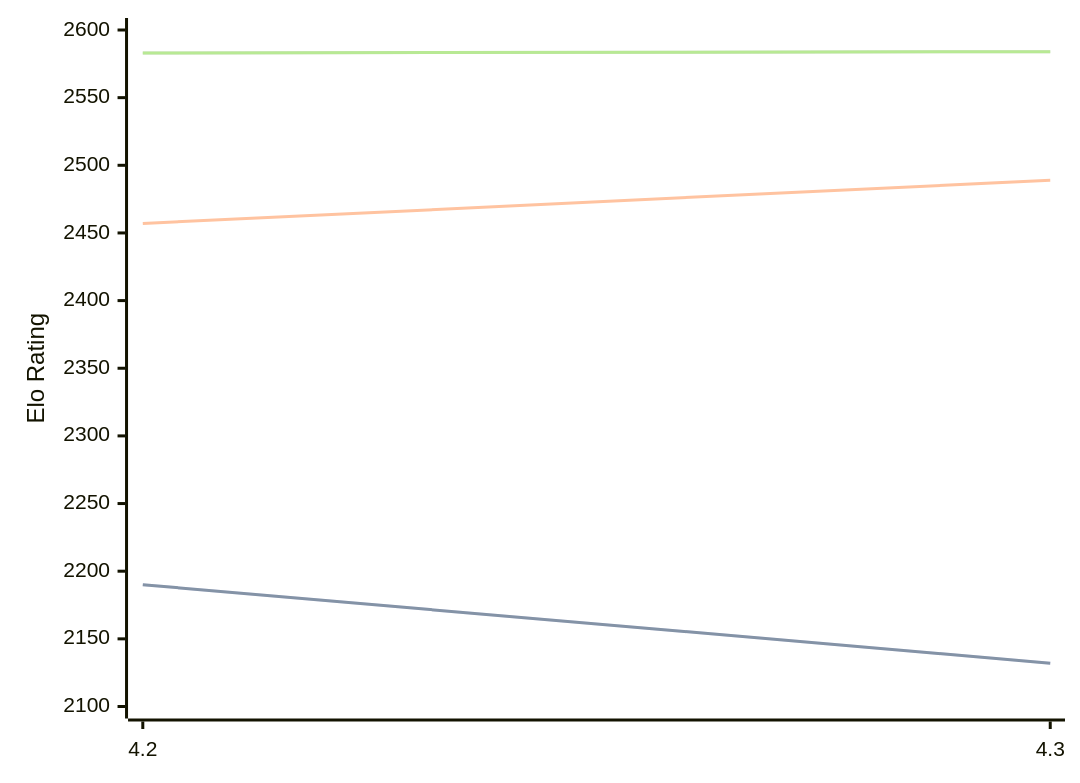
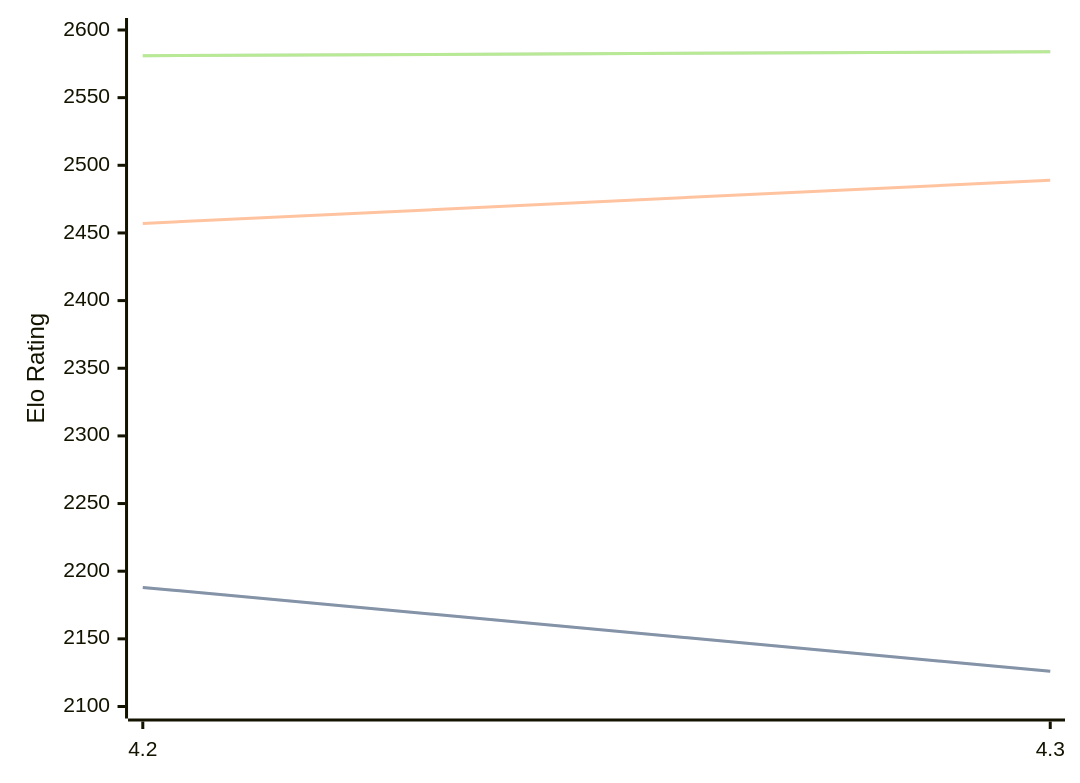
The diagram in engines/Eubos.md (computer-chess-index/cci), drawn with Mermaid before and after one commit. The commit also changed other lines of this file, not shown here.

Commit message:
Update CCI Ratings (ELO VLTC) - 2026-03-30

````diff
--- a/engines/Eubos.md
+++ b/engines/Eubos.md
@@ -88,11 +88,11 @@
 ```mermaid
 %%{init: {"theme":"base","themeVariables":{"seriesColors:['#a3a3a3','#222221','#faa371']}}}%%
 xychart-beta
   x-axis ["4.2", "4.3"]
   y-axis "Elo Rating" 2100 --> 2600
-  line "STC (8.0+0.08s)" [2190, 2132]
-  line "STC (8.0+0.08s)" [2190, 2132]
+  line "STC (8.0+0.08s)" [2188, 2126]
+  line "STC (8.0+0.08s)" [2188, 2126]
   line "LTC (60.0+0.60s)" [2457, 2489]
-  line "VLTC (2m24s+1.12s)" [2583, 2584]
-  line "VLTC (2m24s+1.12s)" [2583, 2584]
+  line "VLTC (2m24s+1.12s)" [2581, 2584]
+  line "VLTC (2m24s+1.12s)" [2581, 2584]
 ```
````
